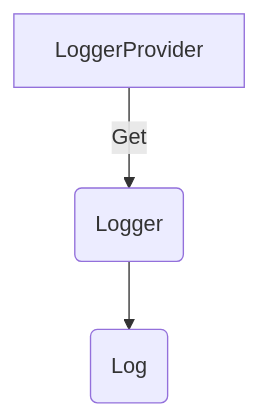
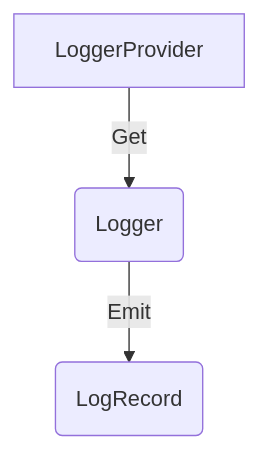
One commit to open-telemetry/opentelemetry-specification changed the diagram in specification/logs/bridge-api.md. Above: the diagram before and after it, drawn with Mermaid. The commit also changed other lines of this file, not shown here.

````diff
--- a/specification/logs/bridge-api.md
+++ b/specification/logs/bridge-api.md
@@ -43,5 +39,5 @@
 ```mermaid
 graph TD
     A[LoggerProvider] -->|Get| B(Logger)
-    B --> C(Log)
+    B -->|Emit| C(LogRecord)
 ```
````
